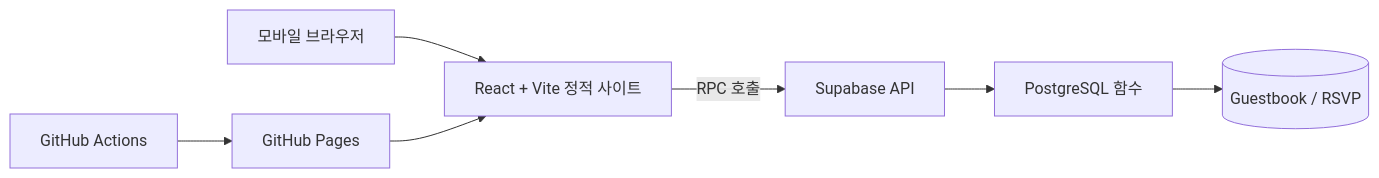
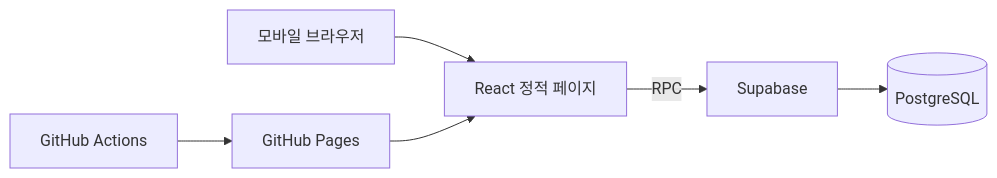
Before and after one commit to Leeeyounghwan/MyWeddingCard: the diagram in README.md, drawn with Mermaid. The commit also changed other lines of this file, not shown here.

````diff
--- a/README.md
+++ b/README.md
@@ -29,9 +30,8 @@
 ```mermaid
 flowchart LR
- User[모바일 브라우저] --> UI[React + Vite 정적 사이트]
- UI -->|RPC 호출| SB[Supabase API]
- SB --> Func[PostgreSQL 함수]
- Func --> DB[(Guestbook / RSVP)]
- Action[GitHub Actions] --> Pages[GitHub Pages]
- Pages --> UI
+    A[모바일 브라우저] --> B[React 정적 페이지]
+    B -->|RPC| C[Supabase]
+    C --> D[(PostgreSQL)]
+    E[GitHub Actions] --> F[GitHub Pages]
+    F --> B
 ```
````
